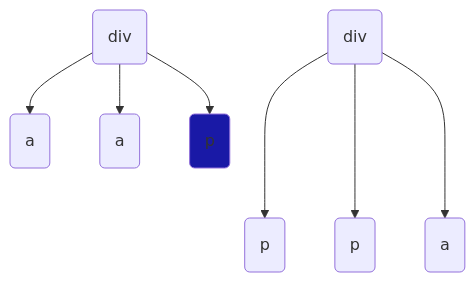
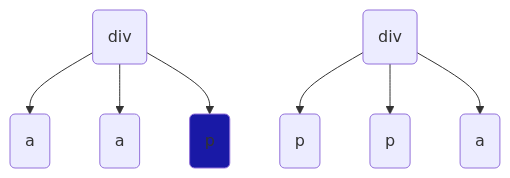
One commit to linkeshvaranr/CSS-selectors-Explained changed diagram 12 of 12 in README.md. Above: the diagram before and after it, drawn with Mermaid. The commit also changed other lines of this file, not shown here.

Commit message:
manythings added

````diff
--- a/README.md
+++ b/README.md
@@ -263,13 +263,13 @@
 ```mermaid
     graph TD
    A(div)-->B(a)
    A(div)-->C(a)
    A(div)-->D(p):::select
 
-   E(div)--->F(p)
-   E(div)--->G(p)
-   E(div)--->I(a)
+   E(div)-->F(p)
+   E(div)-->G(p)
+   E(div)-->I(a)
 
    classDef select fill:#1919a6;
 
 ```
````
